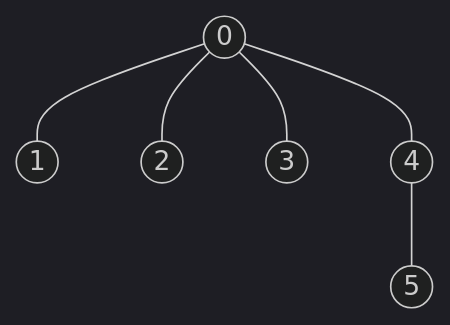
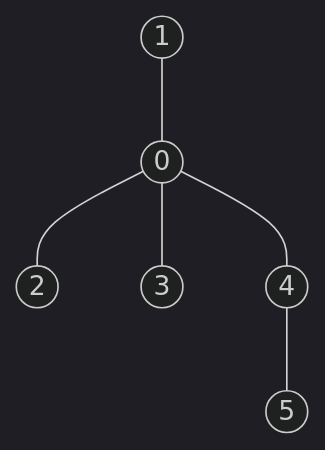
The third of 4 diagrams in TreesSample/TreesTest/UndirectedTreeTest.md (sakapon/Samples-2024), drawn with Mermaid (dark theme) before and after one commit.

````diff
--- a/TreesSample/TreesTest/UndirectedTreeTest.md
+++ b/TreesSample/TreesTest/UndirectedTreeTest.md
@@ -33,14 +33,14 @@
 ```mermaid
 graph TD
     0((0))
     1((1))
     2((2))
     3((3))
     4((4))
     5((5))
-    0 --- 1
+    1 --- 0
     0 --- 2
     0 --- 3
     0 --- 4
     4 --- 5
 ```
````
